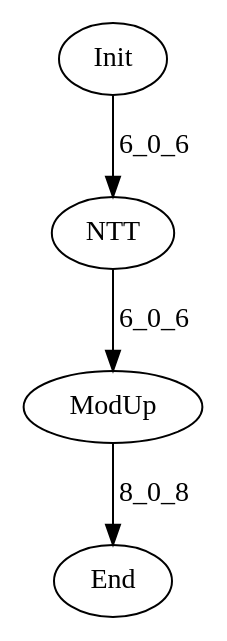
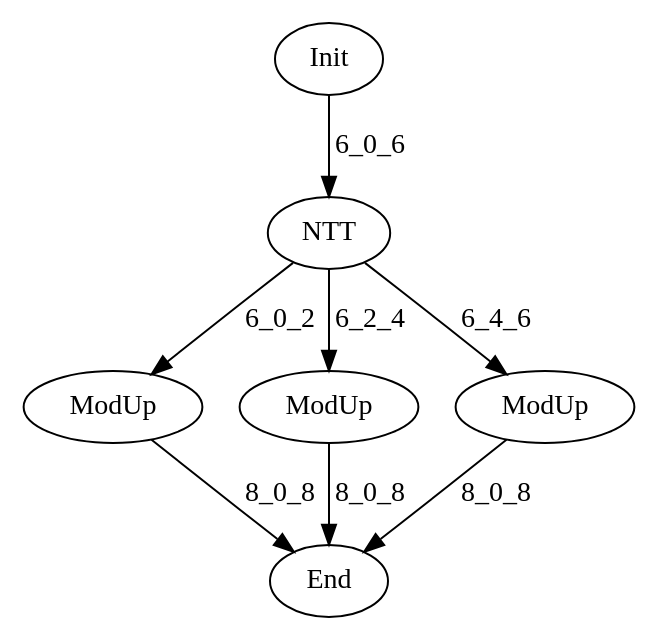
One commit to hal-lab-u-tokyo/PolyFHE changed the diagram in data/graph_poly.dot. Above: the diagram before and after it, drawn with Graphviz. The commit also changed 1 other file, not shown here.

Commit message:
update graph

```diff
--- a/data/graph_poly.dot
+++ b/data/graph_poly.dot
@@ -1,9 +1,15 @@
 digraph G {
 Init[label="Init"];
 End[label="End"];
 NTT[label="NTT"];
 ModUp[label="ModUp"];
+ModUp2[label="ModUp"];
+ModUp3[label="ModUp"];
 Init -> NTT[label="6_0_6"];
-NTT -> ModUp[label="6_0_6"];
+NTT -> ModUp[label="6_0_2"];
+NTT -> ModUp2[label="6_2_4"];
+NTT -> ModUp3[label="6_4_6"];
 ModUp -> End[label="8_0_8"];
+ModUp2 -> End[label="8_0_8"];
+ModUp3 -> End[label="8_0_8"];
 }
```
